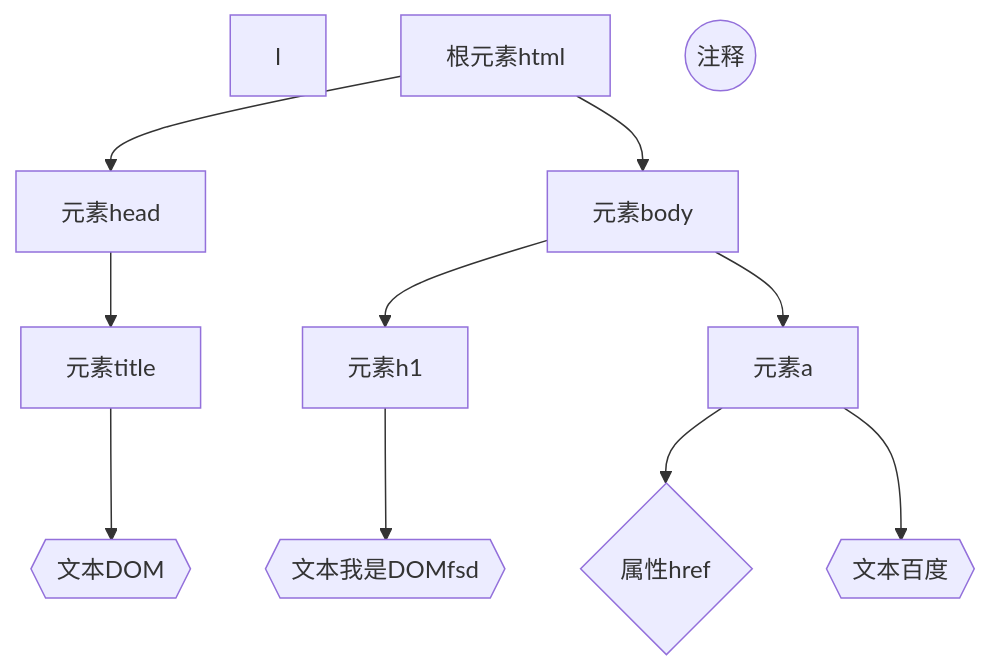
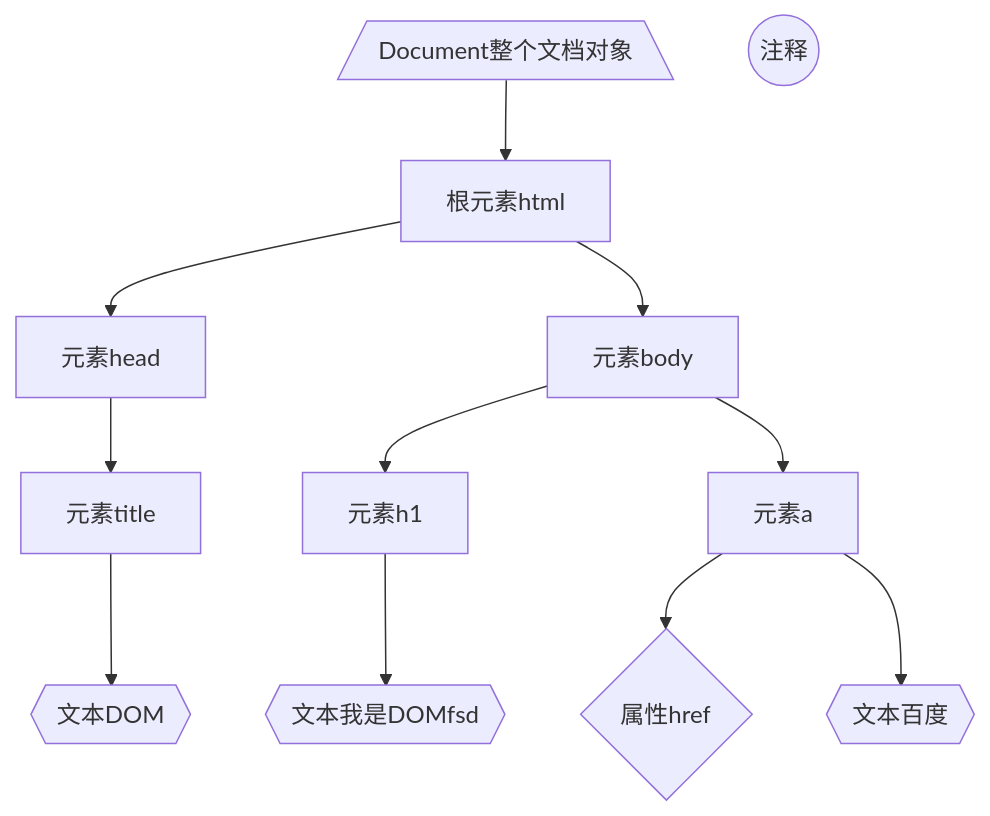
The diagram in 计算机/JavaWeb/前端/JavaScript.md (poppop9/obsidian), drawn with Mermaid before and after one commit. The commit also changed other lines of this file and 2 other files, not shown here.

Commit message:
vault backup: 2023-09-13 19:47:19

````diff
--- a/计算机/JavaWeb/前端/JavaScript.md
+++ b/计算机/JavaWeb/前端/JavaScript.md
@@ -304,9 +305,9 @@
 ```mermaid
 graph TB
-	l
+	l[/Document整个文档对象\]-->a
 	a[根元素html]-->b[元素head]-->d[元素title]-->e{{文本DOM}}
 	a-->c[元素body]-->f[元素h1]-->h{{文本我是DOMfsd}}
 	c-->g[元素a]-->i{属性href}
 	g-->j{{文本百度}}
 	k((注释))
 ```
````
